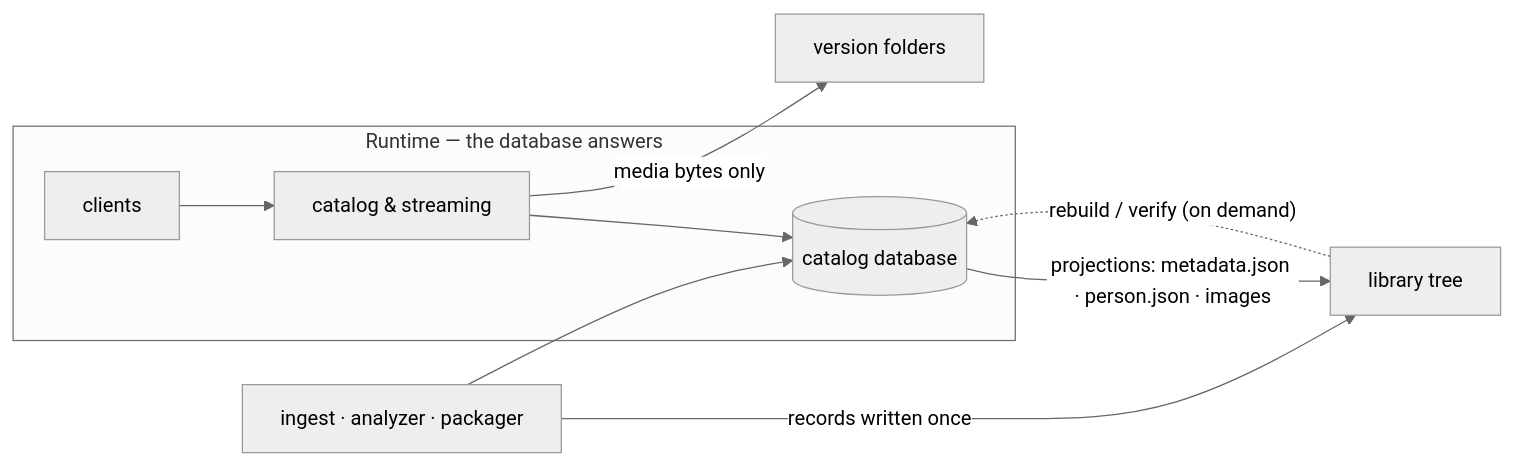
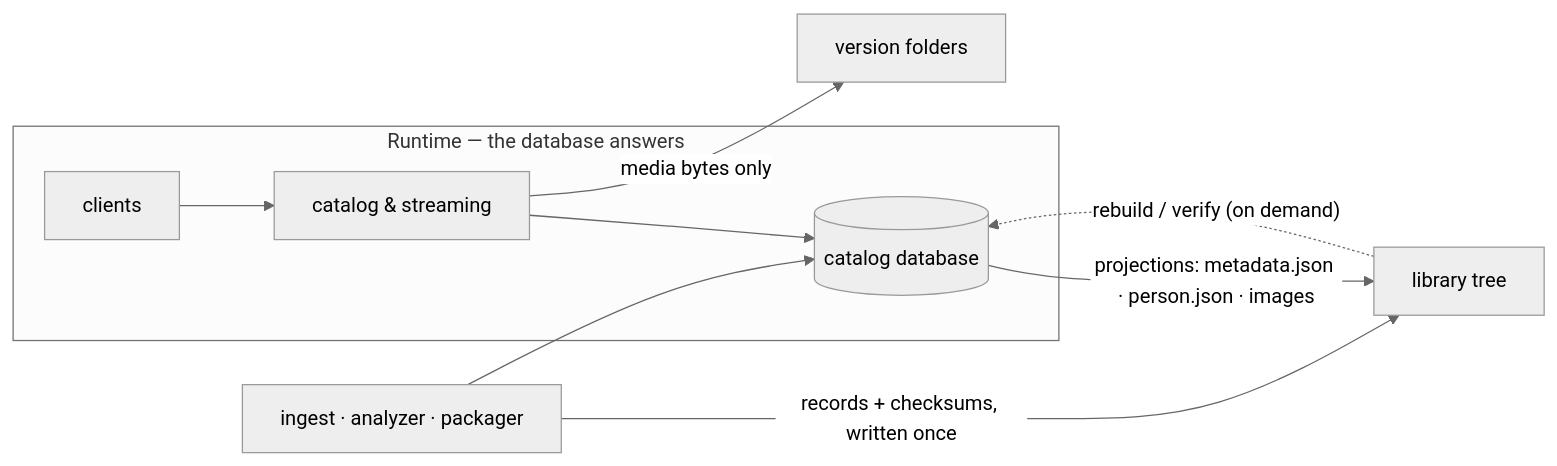
Before and after one commit to zaentrum/zaentrum: the first of 2 diagrams in docs/library/record.md, drawn with Mermaid (neutral theme). The commit also changed other lines of this file, not shown here.

First line of the commit message:
docs(library): every write-once folder carries its checksums

````diff
--- a/docs/library/record.md
+++ b/docs/library/record.md
@@ -32,11 +35,11 @@
 ```mermaid
 flowchart LR
   subgraph runtime["Runtime — the database answers"]
     C["clients"] --> API["catalog & streaming"] --> DB[("catalog database")]
   end
   API -->|"media bytes only"| M["version folders"]
   DB -->|"projections: metadata.json · person.json · images"| REC
-  W["ingest · analyzer · packager"] -->|"records written once"| REC["library tree"]
+  W["ingest · analyzer · packager"] -->|"records + checksums, written once"| REC["library tree"]
   W --> DB
   REC -.->|"rebuild / verify (on demand)"| DB
 ```
````
